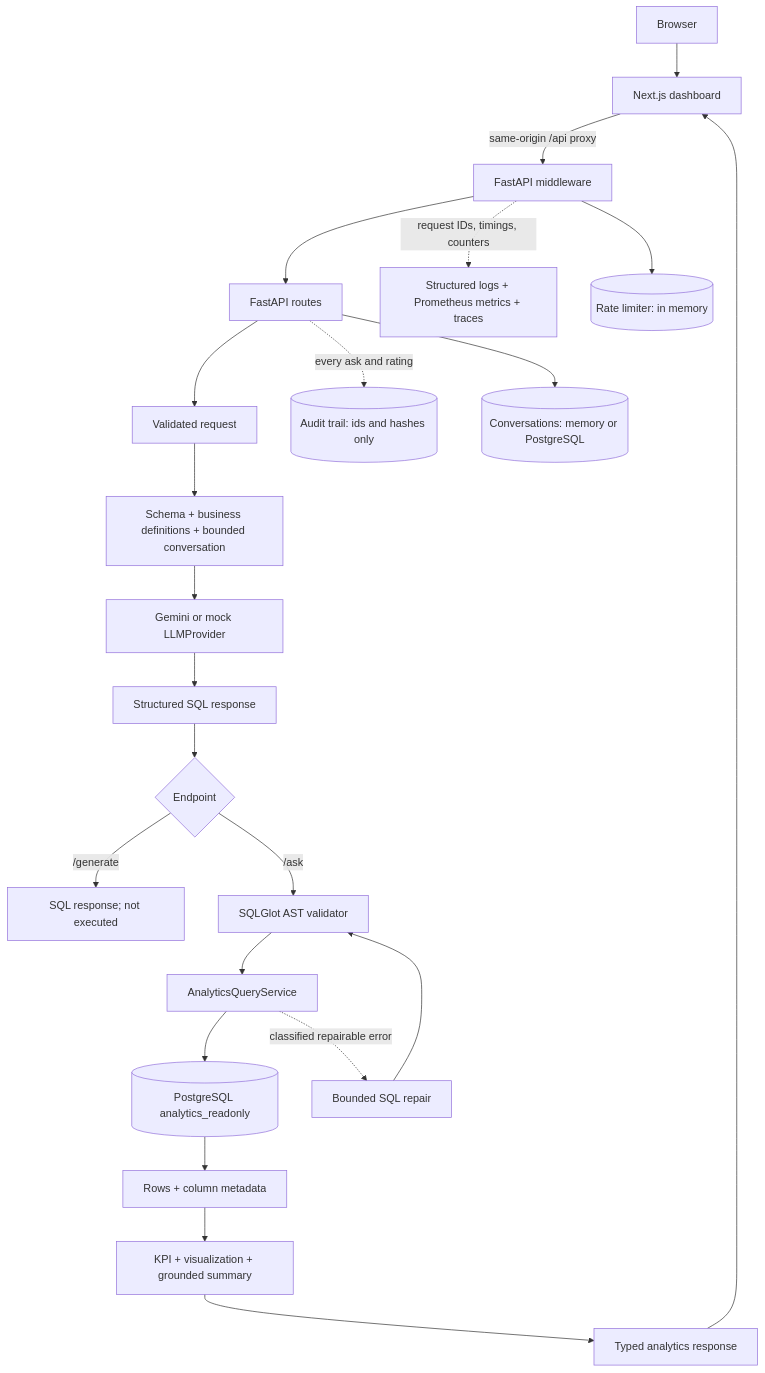
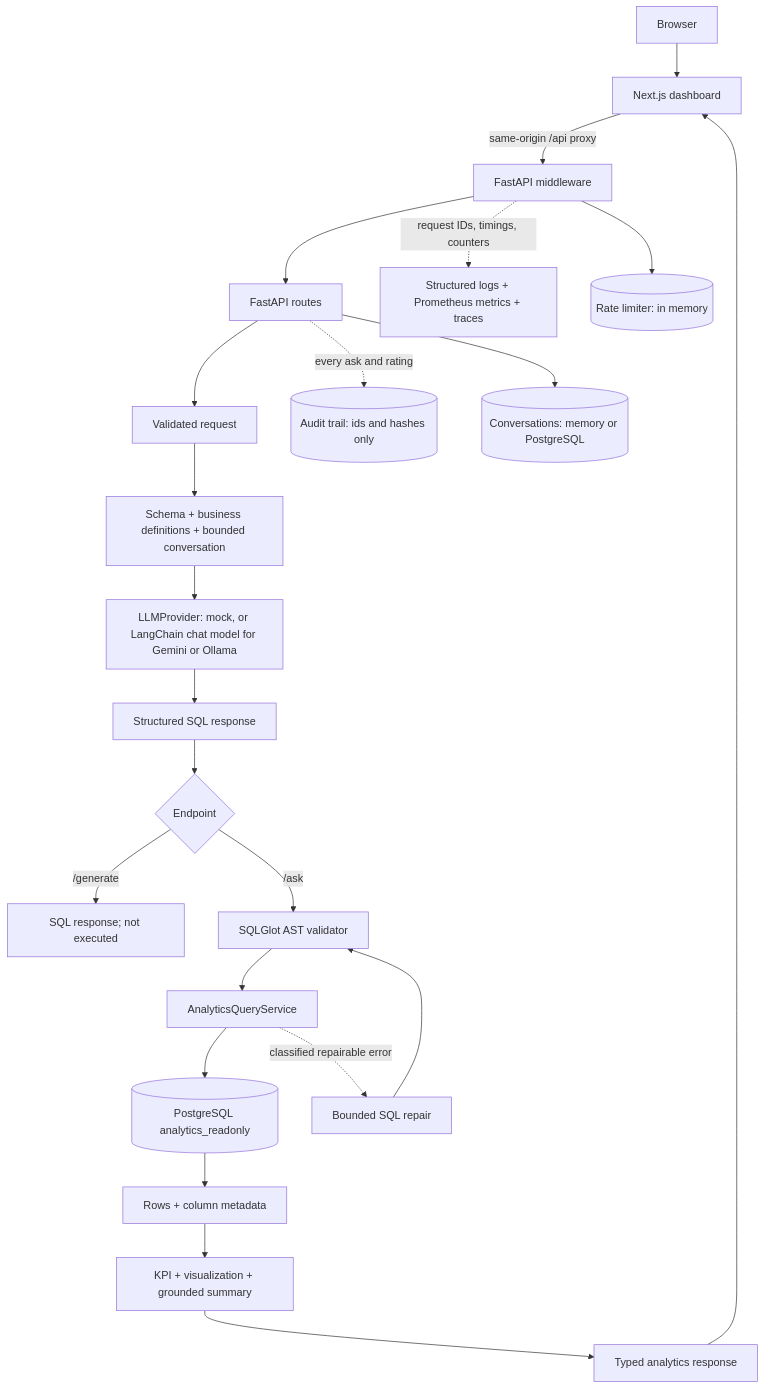
The diagram in docs/architecture.md (TitanMashy/ai-sql-analytics-copilot), drawn with Mermaid before and after one commit. The commit also changed other lines of this file and 37 other files, not shown here.

Commit message:
feat(LLM): Added LangChain Orchestration and Explicit Provider Switching

````diff
--- a/docs/architecture.md
+++ b/docs/architecture.md
@@ -3,25 +3,25 @@
 ```mermaid
 flowchart TD
     Browser[Browser] --> Next[Next.js dashboard]
     Next -->|same-origin /api proxy| Middleware[FastAPI middleware]
     Middleware --> API[FastAPI routes]
     API --> Request[Validated request]
     Request --> Context[Schema + business definitions + bounded conversation]
-    Context --> Provider[Gemini or mock LLMProvider]
+    Context --> Provider[LLMProvider: mock, or LangChain chat model for Gemini or Ollama]
     Provider --> Parsed[Structured SQL response]
     Parsed --> Generate{Endpoint}
     Generate -->|/generate| SQLResponse[SQL response; not executed]
     Generate -->|/ask| Validator[SQLGlot AST validator]
     Validator --> Executor[AnalyticsQueryService]
     Executor --> DB[(PostgreSQL analytics_readonly)]
     DB --> Results[Rows + column metadata]
     Results --> Intelligence[KPI + visualization + grounded summary]
     Intelligence --> Response[Typed analytics response]
     Response --> Next
     Executor -. classified repairable error .-> Repair[Bounded SQL repair]
     Repair --> Validator
     Middleware -. request IDs, timings, counters .-> Ops[Structured logs + Prometheus metrics + traces]
     API -. every ask and rating .-> Audit[(Audit trail: ids and hashes only)]
     API --> Conversations[(Conversations: memory or PostgreSQL)]
     Middleware --> Limiter[(Rate limiter: in memory)]
 ```
````
